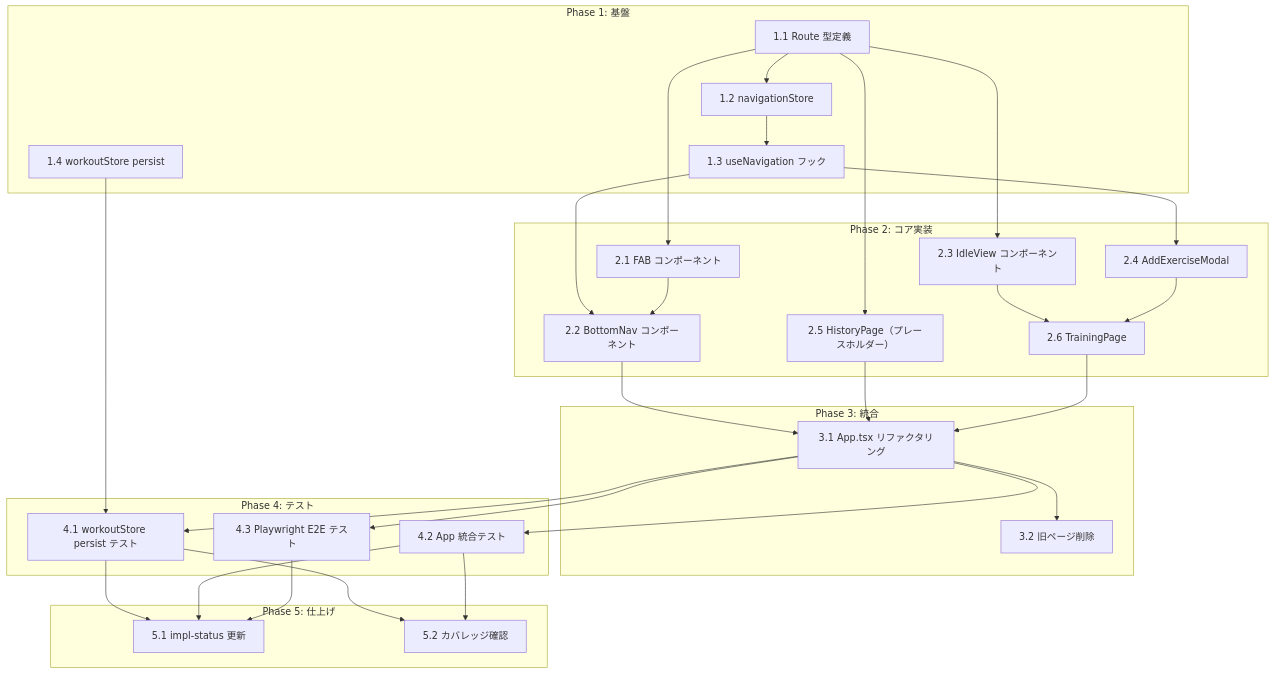
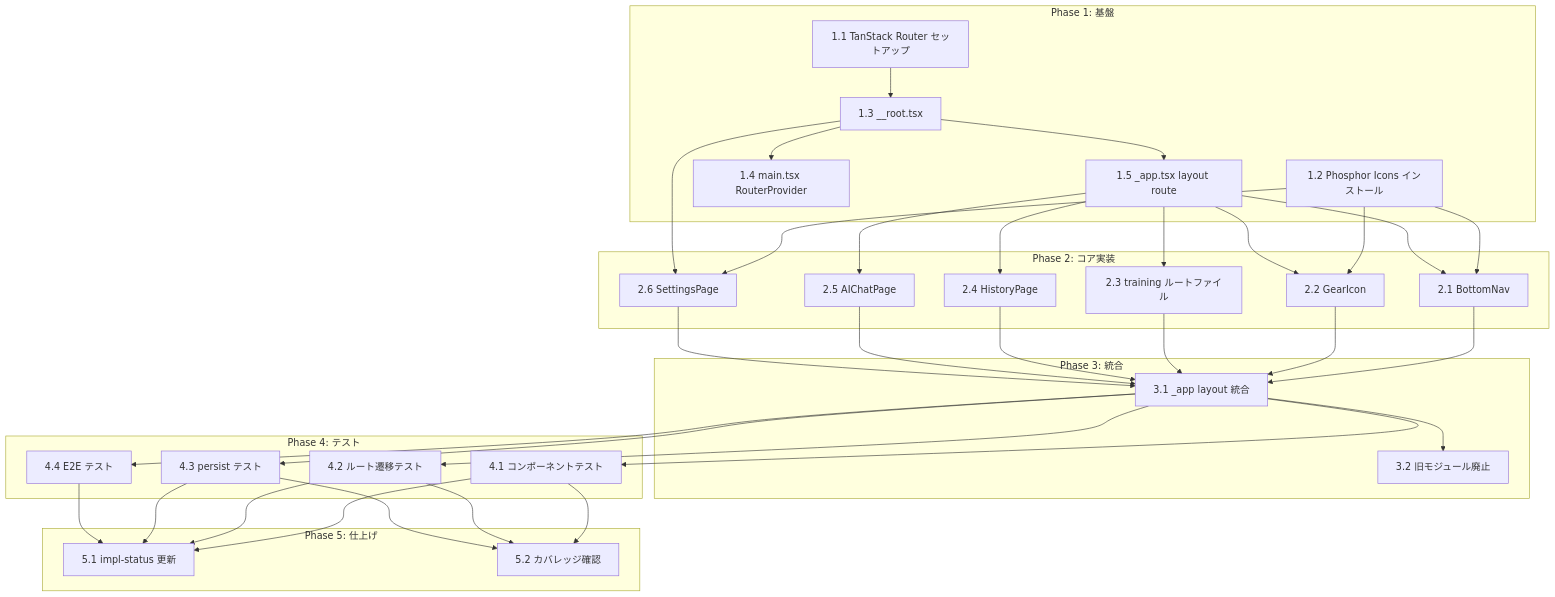
One commit to SakumaTakuya/gymini changed the diagram in .sdd/task/navigation/tasks.md. Above: the diagram before and after it, drawn with Mermaid. The commit also changed other lines of this file and 3 other files, not shown here.

````diff
--- a/.sdd/task/navigation/tasks.md
+++ b/.sdd/task/navigation/tasks.md
@@ -76,58 +81,71 @@
 ```mermaid
 graph TD
     subgraph "Phase 1: 基盤"
-        T1_1["1.1 Route 型定義"]
-        T1_2["1.2 navigationStore"]
-        T1_3["1.3 useNavigation フック"]
-        T1_4["1.4 workoutStore persist"]
+        T1_1["1.1 TanStack Router セットアップ"]
+        T1_2["1.2 Phosphor Icons インストール"]
+        T1_3["1.3 __root.tsx"]
+        T1_4["1.4 main.tsx RouterProvider"]
+        T1_5["1.5 _app.tsx layout route"]
     end
 
     subgraph "Phase 2: コア実装"
-        T2_1["2.1 FAB コンポーネント"]
-        T2_2["2.2 BottomNav コンポーネント"]
-        T2_3["2.3 IdleView コンポーネント"]
-        T2_4["2.4 AddExerciseModal"]
-        T2_5["2.5 HistoryPage（プレースホルダー）"]
-        T2_6["2.6 TrainingPage"]
+        T2_1["2.1 BottomNav"]
+        T2_2["2.2 GearIcon"]
+        T2_3["2.3 training ルートファイル"]
+        T2_4["2.4 HistoryPage"]
+        T2_5["2.5 AIChatPage"]
+        T2_6["2.6 SettingsPage"]
     end
 
     subgraph "Phase 3: 統合"
-        T3_1["3.1 App.tsx リファクタリング"]
-        T3_2["3.2 旧ページ削除"]
+        T3_1["3.1 _app layout 統合"]
+        T3_2["3.2 旧モジュール廃止"]
     end
 
     subgraph "Phase 4: テスト"
-        T4_1["4.1 workoutStore persist テスト"]
-        T4_2["4.2 App 統合テスト"]
-        T4_3["4.3 Playwright E2E テスト"]
+        T4_1["4.1 コンポーネントテスト"]
+        T4_2["4.2 ルート遷移テスト"]
+        T4_3["4.3 persist テスト"]
+        T4_4["4.4 E2E テスト"]
     end
 
     subgraph "Phase 5: 仕上げ"
         T5_1["5.1 impl-status 更新"]
         T5_2["5.2 カバレッジ確認"]
     end
 
-    T1_1 --> T1_2
-    T1_2 --> T1_3
-    T1_1 --> T2_1
-    T1_1 --> T2_3
-    T1_3 --> T2_2
-    T2_1 --> T2_2
-    T1_3 --> T2_4
-    T1_1 --> T2_5
-    T2_3 --> T2_6
-    T2_4 --> T2_6
+    T1_1 --> T1_3
+    T1_3 --> T1_4
+    T1_3 --> T1_5
+
+    T1_2 --> T2_1
+    T1_5 --> T2_1
+    T1_2 --> T2_2
+    T1_5 --> T2_2
+    T1_5 --> T2_3
+    T1_5 --> T2_4
+    T1_5 --> T2_5
+    T1_2 --> T2_6
+    T1_3 --> T2_6
+
+    T2_1 --> T3_1
     T2_2 --> T3_1
+    T2_3 --> T3_1
+    T2_4 --> T3_1
     T2_5 --> T3_1
     T2_6 --> T3_1
     T3_1 --> T3_2
-    T1_4 --> T4_1
+
     T3_1 --> T4_1
     T3_1 --> T4_2
     T3_1 --> T4_3
+    T3_1 --> T4_4
+
     T4_1 --> T5_1
     T4_2 --> T5_1
     T4_3 --> T5_1
+    T4_4 --> T5_1
     T4_1 --> T5_2
     T4_2 --> T5_2
+    T4_3 --> T5_2
 ```
````
